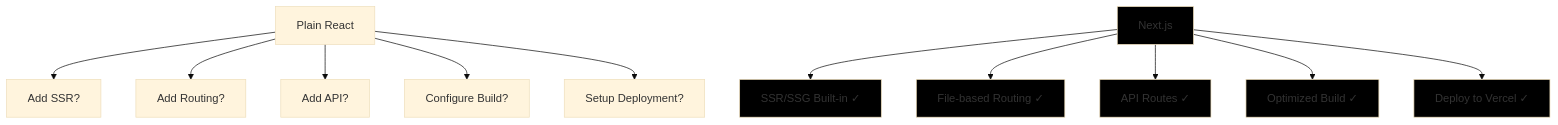
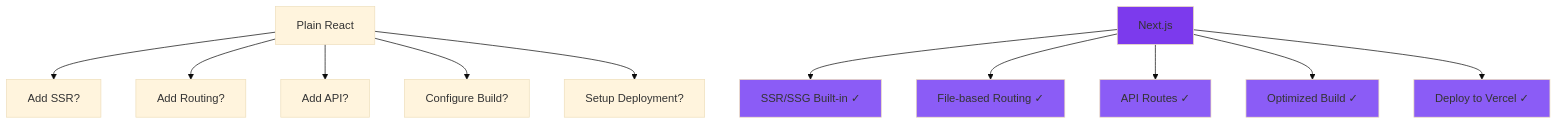
Before and after one commit to anton-abyzov/specweave: the first of 5 diagrams in .specweave/docs/public/glossary/terms/nextjs.md, drawn with Mermaid (base theme). The commit also changed other lines of this file and 53 other files, not shown here.

First line of the commit message:
feat: multi-project sync architecture implementation

````diff
--- a/.specweave/docs/public/glossary/terms/nextjs.md
+++ b/.specweave/docs/public/glossary/terms/nextjs.md
@@ -32,21 +32,21 @@
 ```mermaid
 graph TB
     A[Plain React] --> B[Add SSR?]
     A --> C[Add Routing?]
     A --> D[Add API?]
     A --> E[Configure Build?]
     A --> F[Setup Deployment?]
 
     G[Next.js] --> H[SSR/SSG Built-in ✓]
     G --> I[File-based Routing ✓]
     G --> J[API Routes ✓]
     G --> K[Optimized Build ✓]
     G --> L[Deploy to Vercel ✓]
 
-    style G fill:#000000
-    style H fill:#000000
-    style I fill:#000000
-    style J fill:#000000
-    style K fill:#000000
-    style L fill:#000000
+    style G fill:#7c3aed
+    style H fill:#8b5cf6
+    style I fill:#8b5cf6
+    style J fill:#8b5cf6
+    style K fill:#8b5cf6
+    style L fill:#8b5cf6
 ```
````
